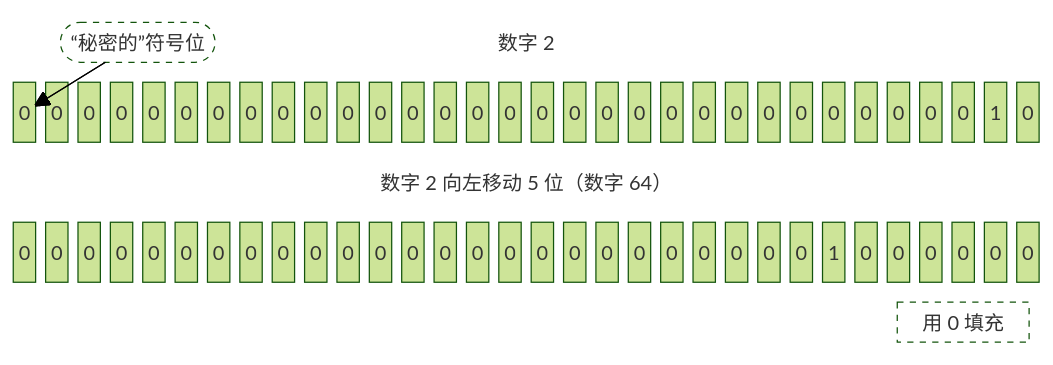
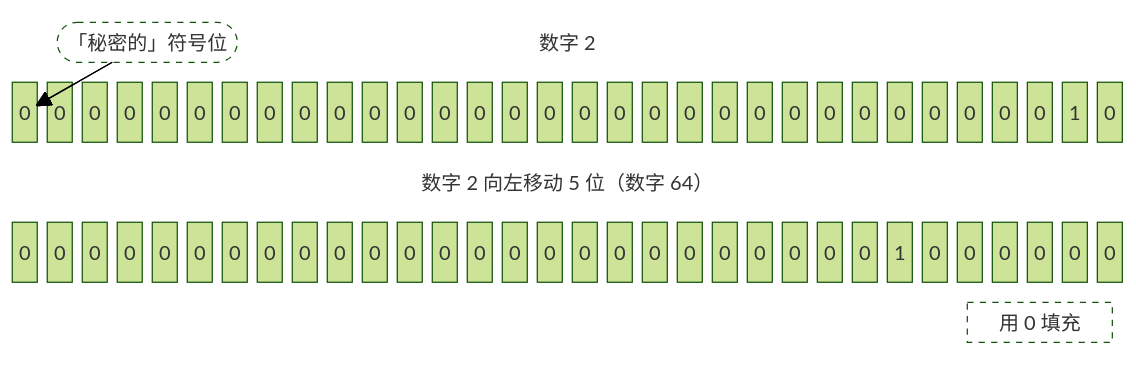
One commit to Linho1219/LinhoNotes changed the third of 4 diagrams in 前端/JavaScript 从入门到入土/3 ECMAScript 运算符.md. Above: the diagram before and after it, drawn with Mermaid (forest theme). The commit also changed other lines of this file and 11 other files, not shown here.

```diff
--- a/前端/JavaScript 从入门到入土/3 ECMAScript 运算符.md
+++ b/前端/JavaScript 从入门到入土/3 ECMAScript 运算符.md
@@ -446,7 +446,7 @@
 block-beta
     columns 32
     block:top1:8
-      t1(["“秘密的”符号位"])
+      t1(["「秘密的」符号位"])
     end
     block:top2:16
       t2["数字 2"]
```
